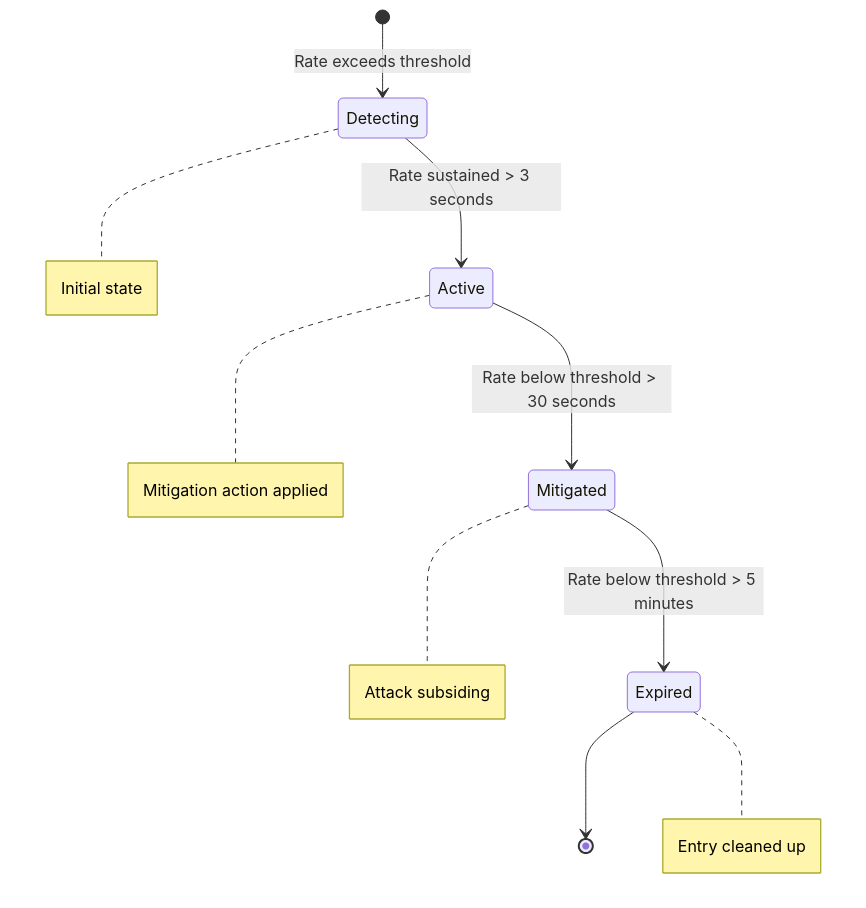
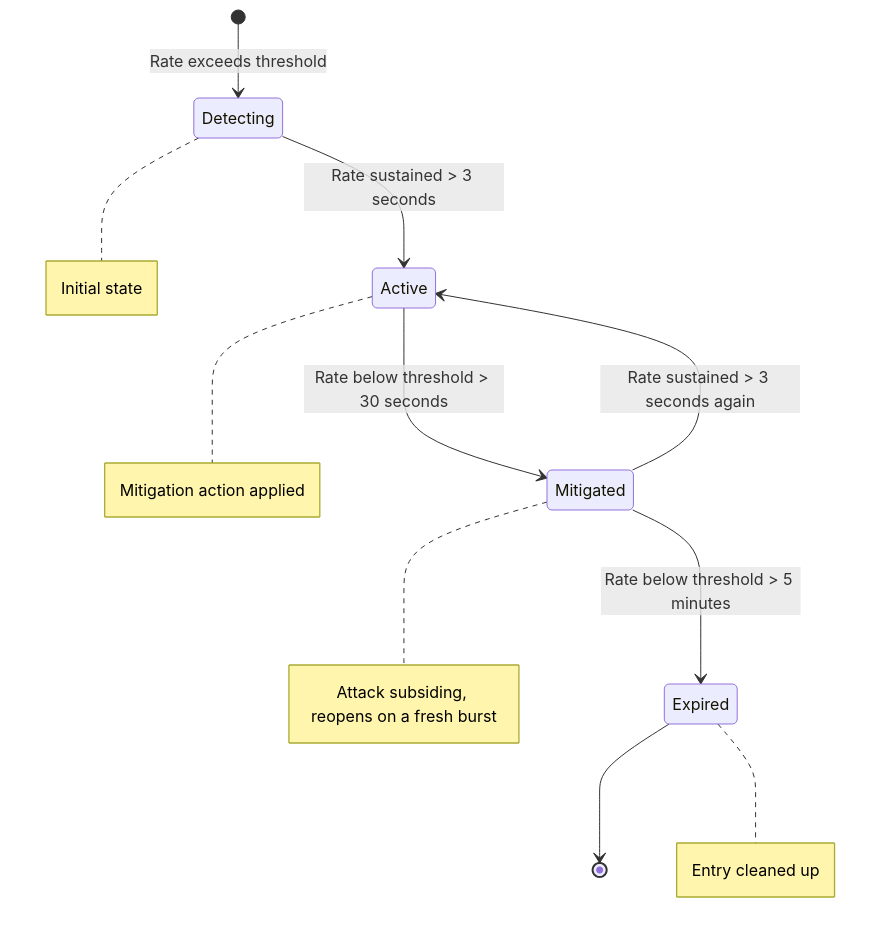
One commit to ebpfsentinel/ebpfsentinel-docs changed the diagram in docs/features/ddos.md. Above: the diagram before and after it, drawn with Mermaid. The commit also changed other lines of this file and 4 other files, not shown here.

````diff
--- a/docs/features/ddos.md
+++ b/docs/features/ddos.md
@@ -46,13 +46,14 @@
 ```mermaid
 stateDiagram-v2
     [*] --> Detecting : Rate exceeds threshold
     Detecting --> Active : Rate sustained > 3 seconds
     Active --> Mitigated : Rate below threshold > 30 seconds
+    Mitigated --> Active : Rate sustained > 3 seconds again
     Mitigated --> Expired : Rate below threshold > 5 minutes
     Expired --> [*]
 
     note right of Detecting : Initial state
     note right of Active : Mitigation action applied
-    note right of Mitigated : Attack subsiding
+    note right of Mitigated : Attack subsiding, reopens on a fresh burst
     note right of Expired : Entry cleaned up
 ```
````
